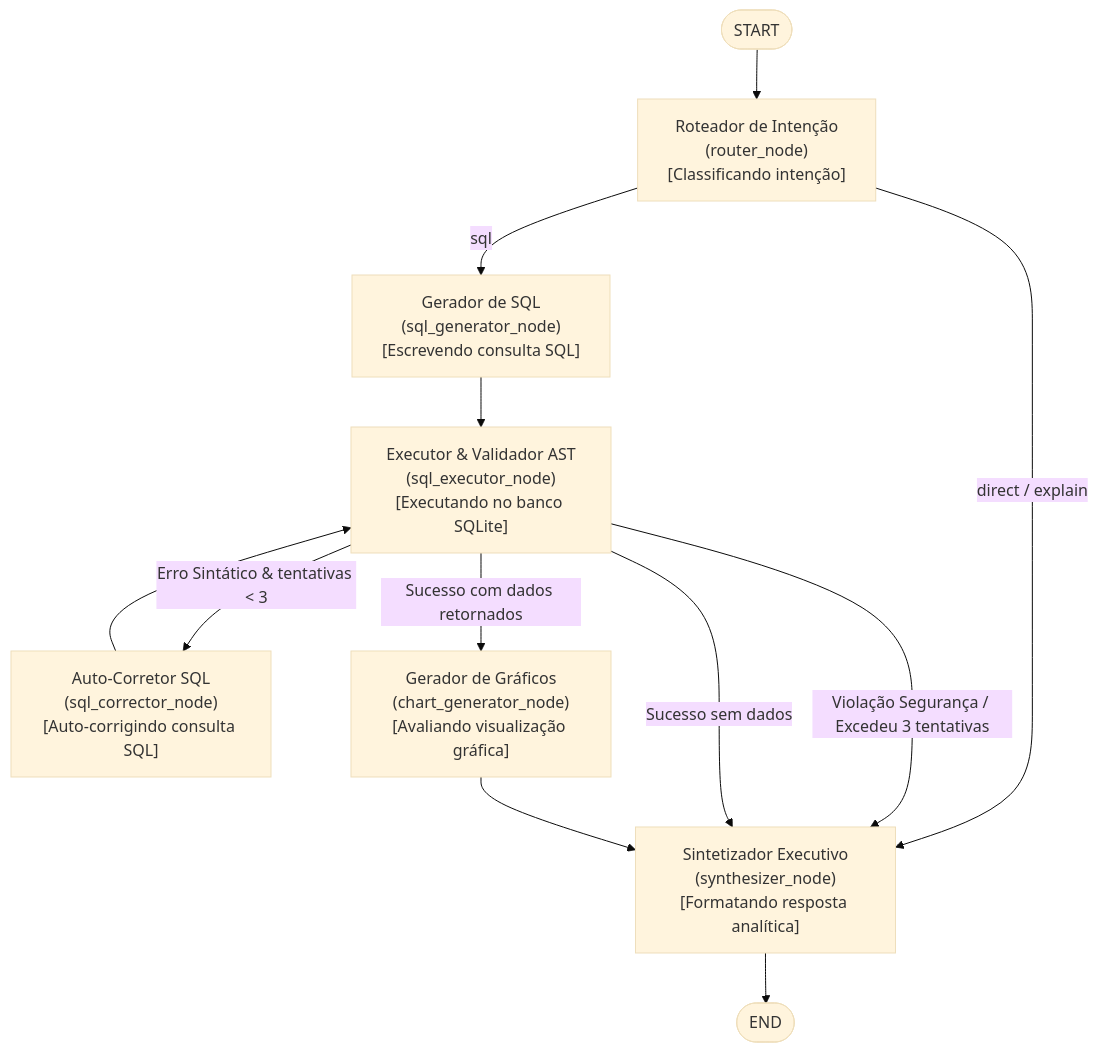
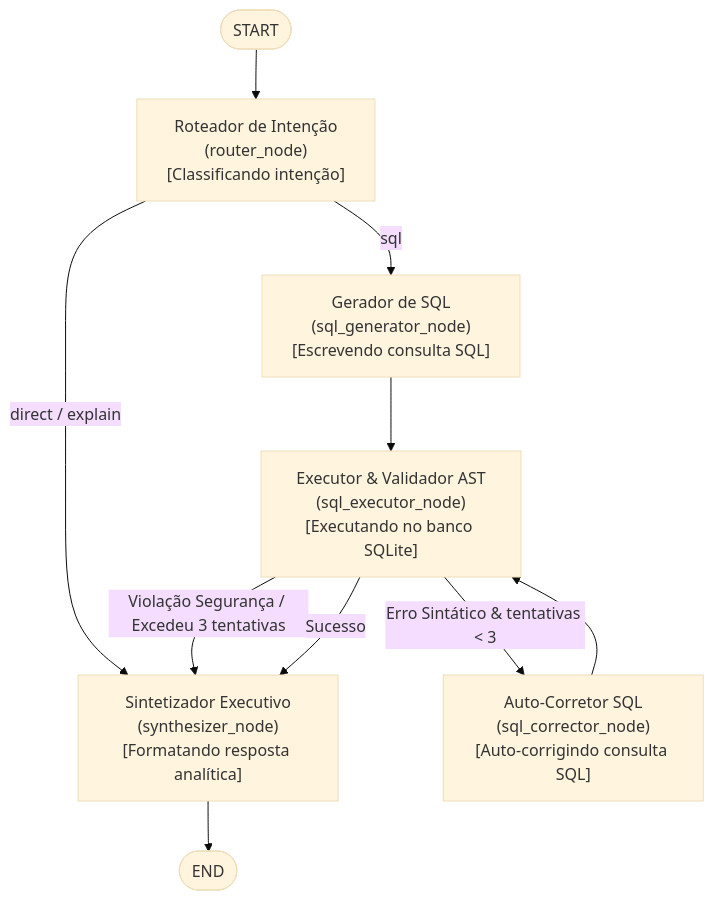
Before and after one commit to msb7-jpg/visagio-atividade-v-energy-360: the diagram in docs/STATE_MACHINE.md, drawn with Mermaid (base theme). The commit also changed other lines of this file and 32 other files, not shown here.

````diff
--- a/docs/STATE_MACHINE.md
+++ b/docs/STATE_MACHINE.md
@@ -14,20 +14,17 @@
 ```mermaid
 flowchart TD
     START([START]) --> ROUTER["Roteador de Intenção\n(router_node)\n[Classificando intenção]"]
     
     ROUTER -->|direct / explain| SYNTHESIZER["Sintetizador Executivo\n(synthesizer_node)\n[Formatando resposta analítica]"]
     ROUTER -->|sql| SQL_GEN["Gerador de SQL\n(sql_generator_node)\n[Escrevendo consulta SQL]"]
     
     SQL_GEN --> SQL_EXEC["Executor & Validador AST\n(sql_executor_node)\n[Executando no banco SQLite]"]
     
     SQL_EXEC -->|Erro Sintático & tentativas < 3| CORRECTOR["Auto-Corretor SQL\n(sql_corrector_node)\n[Auto-corrigindo consulta SQL]"]
     SQL_EXEC -->|Violação Segurança / Excedeu 3 tentativas| SYNTHESIZER
-    SQL_EXEC -->|Sucesso com dados retornados| CHART_GEN["Gerador de Gráficos\n(chart_generator_node)\n[Avaliando visualização gráfica]"]
-    SQL_EXEC -->|Sucesso sem dados| SYNTHESIZER
+    SQL_EXEC -->|Sucesso| SYNTHESIZER
     
     CORRECTOR --> SQL_EXEC
     
-    CHART_GEN --> SYNTHESIZER
-    
     SYNTHESIZER --> END_NODE([END])
 ```
````
